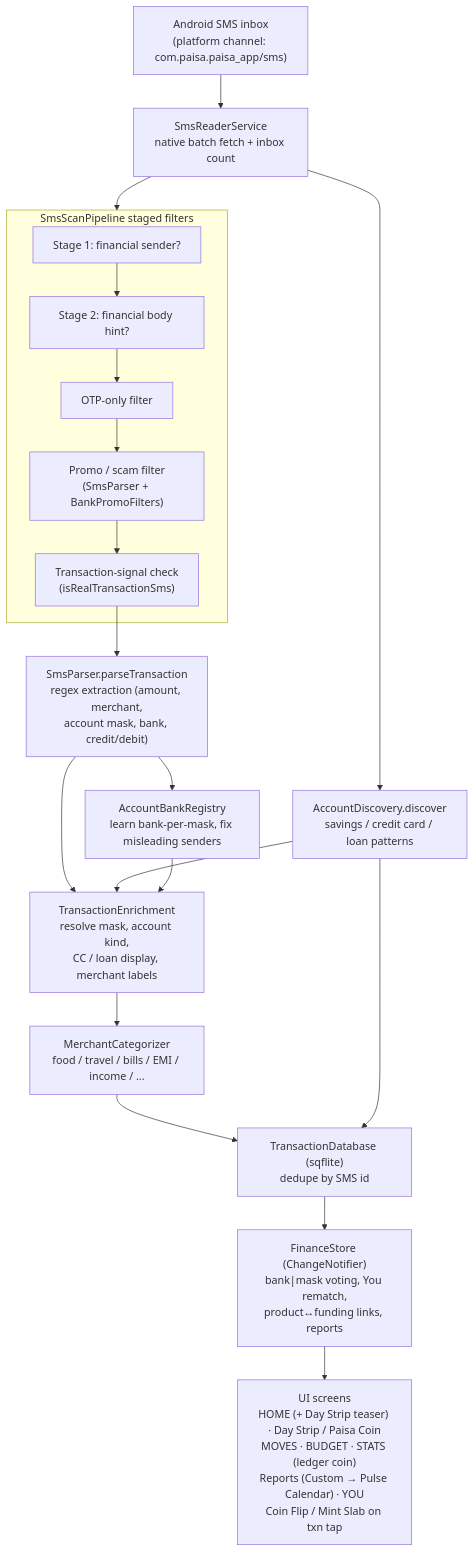
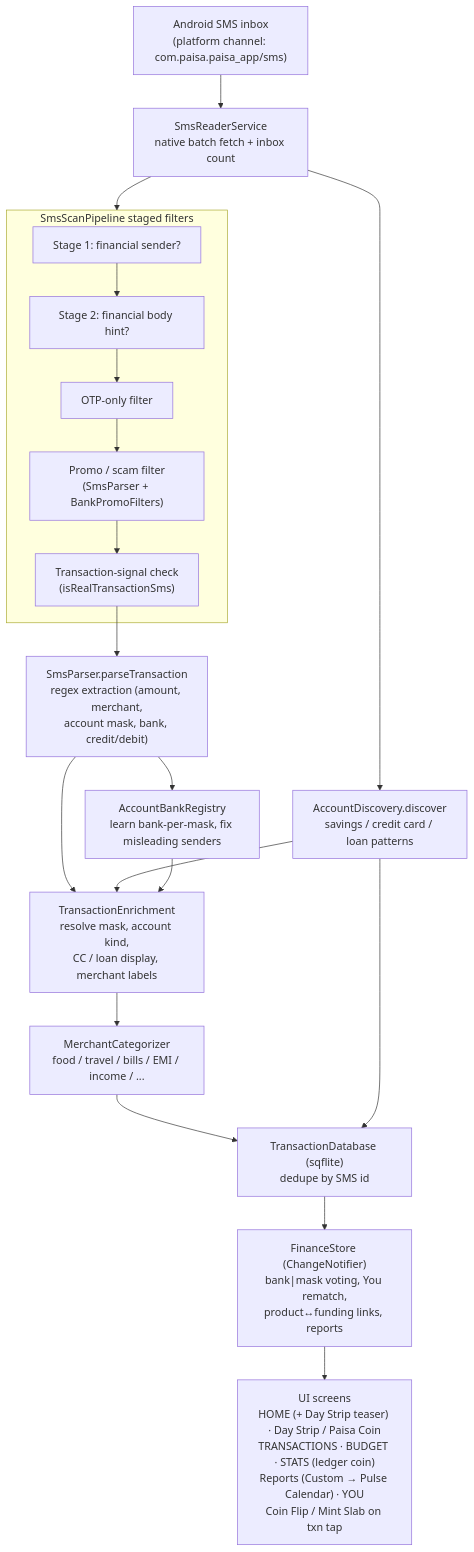
Before and after one commit to ak0982/paisa: the diagram in README.md, drawn with Mermaid. The commit also changed other lines of this file and 56 other files, not shown here.

First line of the commit message:
Ship My Paisa 1.0.1+2025 with budget/report spend parity, Play Store prep, and full-app tests.

````diff
--- a/README.md
+++ b/README.md
@@ -60,30 +60,30 @@
 ```mermaid
 flowchart TD
     A["Android SMS inbox<br/>(platform channel: com.paisa.paisa_app/sms)"] --> B["SmsReaderService<br/>native batch fetch + inbox count"]
     B --> C["SmsScanPipeline<br/>staged filters"]
 
     subgraph C[SmsScanPipeline staged filters]
         C1["Stage 1: financial sender?"]
         C2["Stage 2: financial body hint?"]
         C3["OTP-only filter"]
         C4["Promo / scam filter<br/>(SmsParser + BankPromoFilters)"]
         C5["Transaction-signal check<br/>(isRealTransactionSms)"]
         C1 --> C2 --> C3 --> C4 --> C5
     end
 
     C5 --> D["SmsParser.parseTransaction<br/>regex extraction (amount, merchant,<br/>account mask, bank, credit/debit)"]
     D --> E["AccountBankRegistry<br/>learn bank-per-mask, fix misleading senders"]
 
     B --> F["AccountDiscovery.discover<br/>savings / credit card / loan patterns"]
 
     D --> G["TransactionEnrichment<br/>resolve mask, account kind,<br/>CC / loan display, merchant labels"]
     F --> G
     E --> G
 
     G --> H["MerchantCategorizer<br/>food / travel / bills / EMI / income / ..."]
     H --> I["TransactionDatabase (sqflite)<br/>dedupe by SMS id"]
     F --> I
 
     I --> J["FinanceStore (ChangeNotifier)<br/>bank|mask voting, You rematch,<br/>product↔funding links, reports"]
-    J --> K["UI screens<br/>HOME (+ Day Strip teaser) · Day Strip / Paisa Coin<br/>MOVES · BUDGET · STATS (ledger coin)<br/>Reports (Custom → Pulse Calendar) · YOU<br/>Coin Flip / Mint Slab on txn tap"]
+    J --> K["UI screens<br/>HOME (+ Day Strip teaser) · Day Strip / Paisa Coin<br/>TRANSACTIONS · BUDGET · STATS (ledger coin)<br/>Reports (Custom → Pulse Calendar) · YOU<br/>Coin Flip / Mint Slab on txn tap"]
 ```
````
